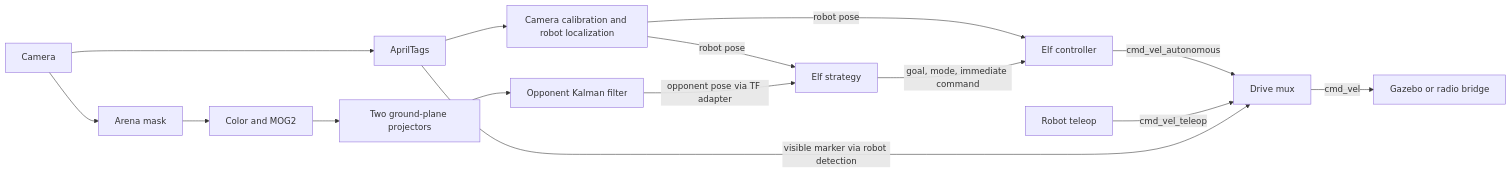
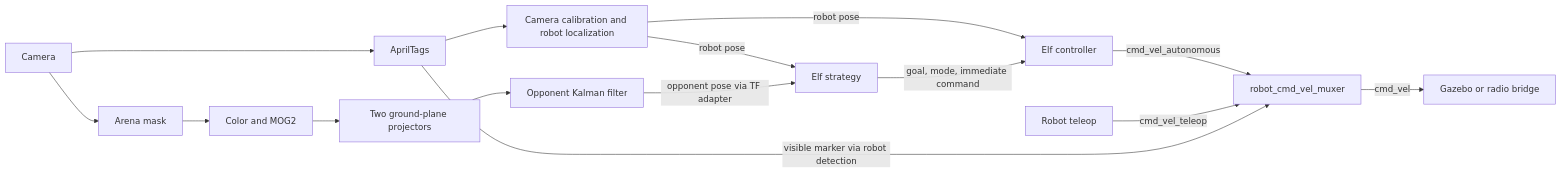
Before and after one commit to eubotx/robofetz_as: the first of 2 diagrams in docs/architecture.md, drawn with Mermaid. The commit also changed other lines of this file and 17 other files, not shown here.

````diff
--- a/docs/architecture.md
+++ b/docs/architecture.md
@@ -17,17 +17,17 @@
 ```mermaid
 flowchart LR
   Camera[Camera] --> Tags[AprilTags]
   Tags --> Self[Camera calibration and robot localization]
   Camera --> ROI[Arena mask]
   ROI --> Detectors[Color and MOG2]
   Detectors --> Proj[Two ground-plane projectors]
   Proj --> Track[Opponent Kalman filter]
   Self -->|robot pose| Strategy[Elf strategy]
   Track -->|opponent pose via TF adapter| Strategy
   Self -->|robot pose| Controller[Elf controller]
   Strategy -->|goal, mode, immediate command| Controller
-  Controller -->|cmd_vel_autonomous| Mux[Drive mux]
+  Controller -->|cmd_vel_autonomous| Mux["robot_cmd_vel_muxer"]
   Teleop[Robot teleop] -->|cmd_vel_teleop| Mux
   Tags -->|visible marker via robot detection| Mux
   Mux -->|cmd_vel| Drive[Gazebo or radio bridge]
 ```
````
